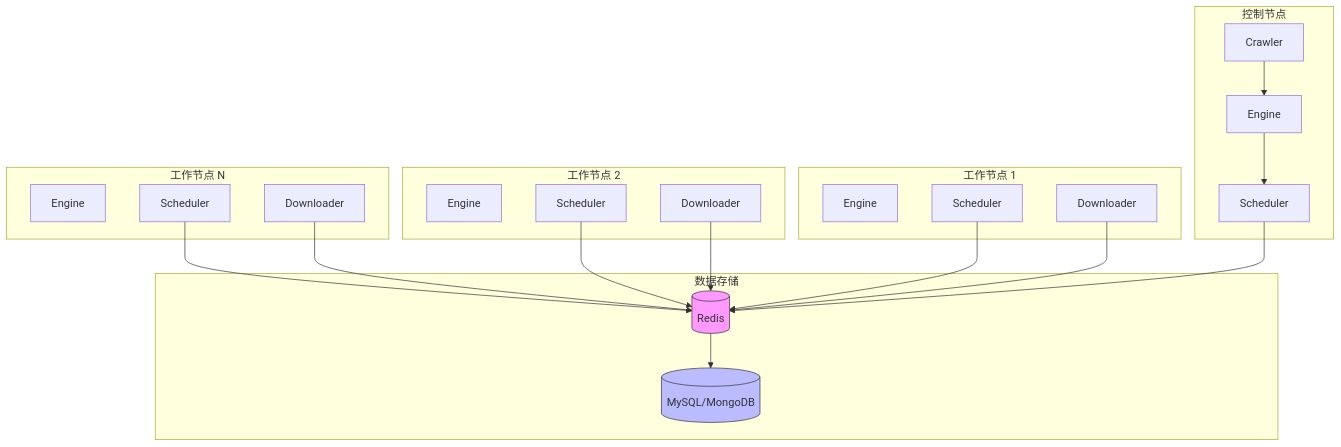
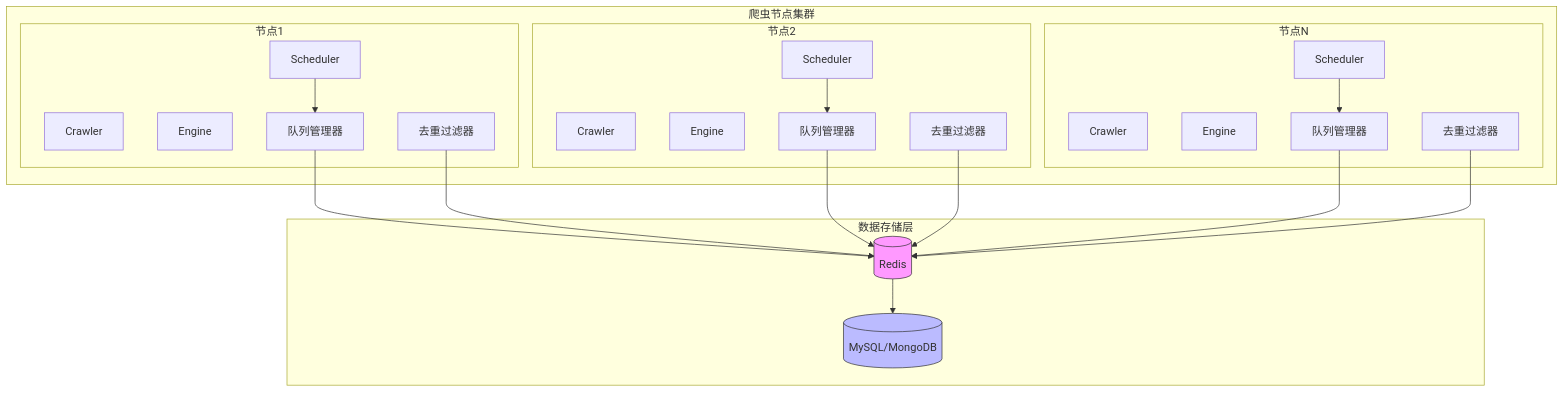
One commit to crawl-coder/Crawlo changed the diagram in article/article3_distributed.md. Above: the diagram before and after it, drawn with Mermaid. The commit also changed other lines of this file and 16 other files, not shown here.

````diff
--- a/article/article3_distributed.md
+++ b/article/article3_distributed.md
@@ -24,39 +21,50 @@
 ```mermaid
 graph TB
-subgraph "控制节点"
-Crawler[Crawler]
-Engine[Engine]
-Scheduler[Scheduler]
-end
-subgraph "数据存储"
+subgraph "数据存储层"
 Redis[(Redis)]
 MySQL[(MySQL/MongoDB)]
 end
-subgraph "工作节点 1"
-Worker1[Engine]
-Worker1Scheduler[Scheduler]
-Worker1Downloader[Downloader]
+
+subgraph "爬虫节点集群"
+subgraph "节点1"
+Node1[Crawler]
+Node1Engine[Engine]
+Node1Scheduler[Scheduler]
+Node1Queue[队列管理器]
+Node1Filter[去重过滤器]
 end
-subgraph "工作节点 2"
-Worker2[Engine]
-Worker2Scheduler[Scheduler]
-Worker2Downloader[Downloader]
+
+subgraph "节点2"
+Node2[Crawler]
+Node2Engine[Engine]
+Node2Scheduler[Scheduler]
+Node2Queue[队列管理器]
+Node2Filter[去重过滤器]
 end
-subgraph "工作节点 N"
-WorkerN[Engine]
-WorkerNScheduler[Scheduler]
-WorkerNDownloader[Downloader]
+
+subgraph "节点N"
+NodeN[Crawler]
+NodeNEngine[Engine]
+NodeNScheduler[Scheduler]
+NodeNQueue[队列管理器]
+NodeNFilter[去重过滤器]
 end
-Crawler --> Engine
-Engine --> Scheduler
-Scheduler --> Redis
-Worker1Scheduler --> Redis
-Worker2Scheduler --> Redis
-WorkerNScheduler --> Redis
-Worker1Downloader --> Redis
-Worker2Downloader --> Redis
-WorkerNDownloader --> Redis
+end
+
+Node1Scheduler --> Node1Queue
+Node1Queue --> Redis
+Node1Filter --> Redis
+
+Node2Scheduler --> Node2Queue
+Node2Queue --> Redis
+Node2Filter --> Redis
+
+NodeNScheduler --> NodeNQueue
+NodeNQueue --> Redis
+NodeNFilter --> Redis
+
 Redis --> MySQL
+
 style Redis fill:#f9f,stroke:#333
 style MySQL fill:#bbf,stroke:#333
 ```
````
